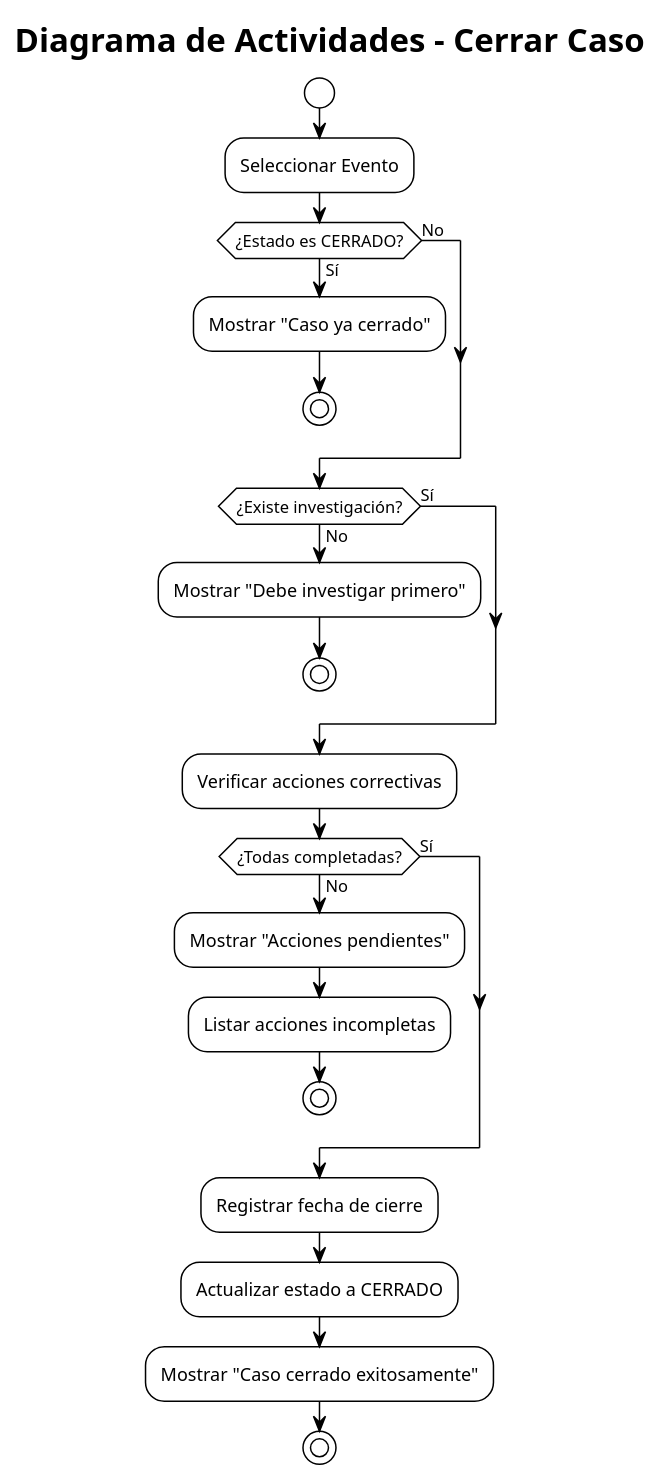
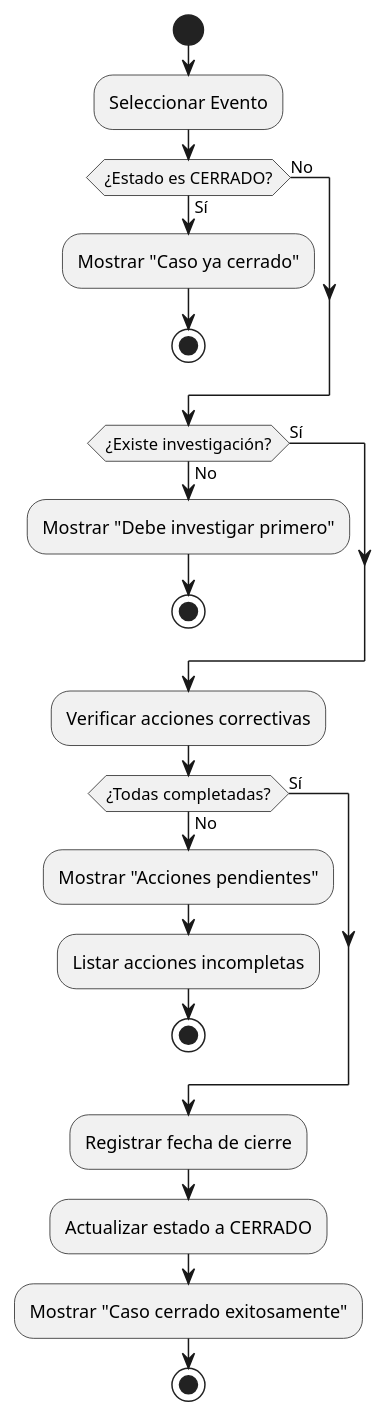
Before and after one commit to BrayanZR29/SST: the diagram in planeacion/uml/04-actividad-cerrar.puml, drawn with PlantUML. The commit also changed 14 other files, not shown here.

```diff
--- a/planeacion/uml/04-actividad-cerrar.puml
+++ b/planeacion/uml/04-actividad-cerrar.puml
@@ -1,39 +1,31 @@
 @startuml ActividadesCerrar
-!theme plain
-
-title Diagrama de Actividades - Cerrar Caso
-
 start
 
 :Seleccionar Evento;
 
 if (¿Estado es CERRADO?) then (Sí)
     :Mostrar "Caso ya cerrado";
     stop
 else (No)
 endif
 
 if (¿Existe investigación?) then (No)
     :Mostrar "Debe investigar primero";
     stop
 else (Sí)
 endif
 
 :Verificar acciones correctivas;
 
 if (¿Todas completadas?) then (No)
     :Mostrar "Acciones pendientes";
     :Listar acciones incompletas;
     stop
 else (Sí)
 endif
 
 :Registrar fecha de cierre;
-
 :Actualizar estado a CERRADO;
-
 :Mostrar "Caso cerrado exitosamente";
-
 stop
-
 @enduml
```
